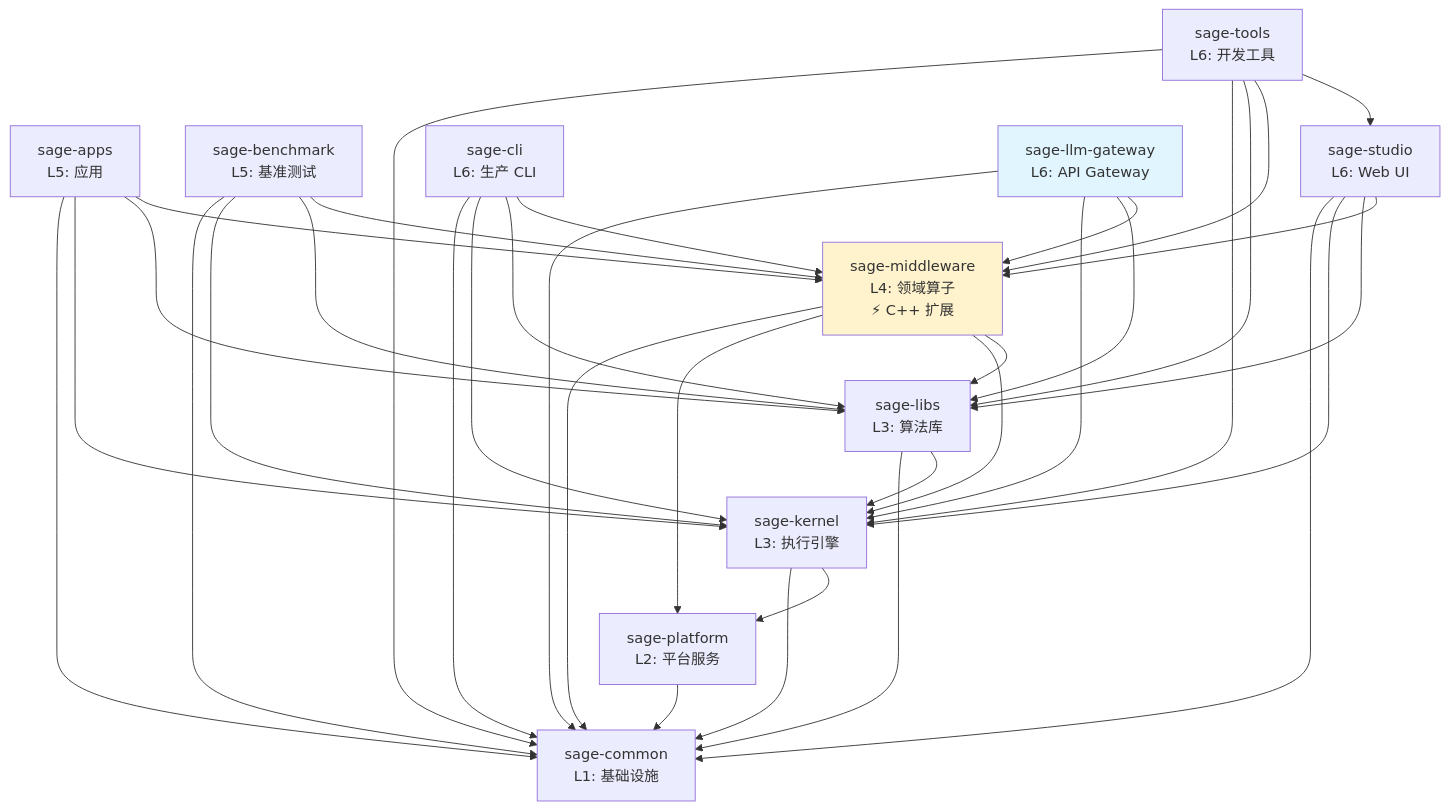
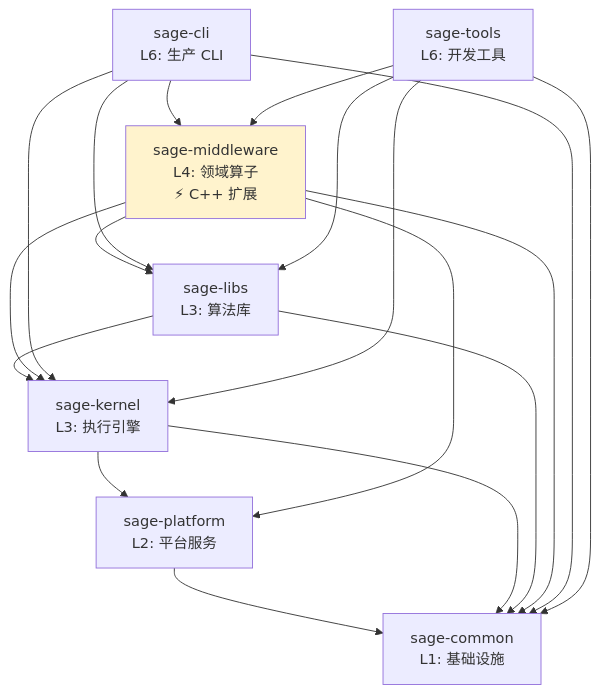
One commit to intellistream/SAGE-Pub changed the diagram in docs_src/concepts/architecture/package-structure.md. Above: the diagram before and after it, drawn with Mermaid. The commit also changed other lines of this file and 63 other files, not shown here.

First line of the commit message:
docs: remove documentation for independent repos (sage-apps, sage-benchmark, sage-studio, sage-llm-gateway)

````diff
--- a/docs_src/concepts/architecture/package-structure.md
+++ b/docs_src/concepts/architecture/package-structure.md
@@ -30,65 +30,38 @@
 ```mermaid
 graph TD
     common[sage-common<br/>L1: 基础设施]
 
     platform[sage-platform<br/>L2: 平台服务]
 
     kernel[sage-kernel<br/>L3: 执行引擎]
     libs[sage-libs<br/>L3: 算法库]
 
     middleware[sage-middleware<br/>L4: 领域算子<br/>⚡ C++ 扩展]
 
-    apps[sage-apps<br/>L5: 应用]
-    benchmark[sage-benchmark<br/>L5: 基准测试]
-
-    studio[sage-studio<br/>L6: Web UI]
     cli[sage-cli<br/>L6: 生产 CLI]
     tools[sage-tools<br/>L6: 开发工具]
-    gateway[sage-llm-gateway<br/>L6: API Gateway]
 
     platform --> common
 
     kernel --> common
     kernel --> platform
     libs --> common
     libs --> kernel
 
     middleware --> common
     middleware --> platform
     middleware --> kernel
     middleware --> libs
 
-    apps --> common
-    apps --> kernel
-    apps --> libs
-    apps --> middleware
-
-    benchmark --> common
-    benchmark --> kernel
-    benchmark --> libs
-    benchmark --> middleware
-
-    studio --> common
-    studio --> kernel
-    studio --> libs
-    studio --> middleware
-
     cli --> common
     cli --> kernel
     cli --> libs
     cli --> middleware
 
     tools --> common
     tools --> kernel
     tools --> libs
     tools --> middleware
-    tools --> studio
-
-    gateway --> common
-    gateway --> kernel
-    gateway --> libs
-    gateway --> middleware
 
     style middleware fill:#fff3cd
-    style gateway fill:#e1f5ff
 ```
````
